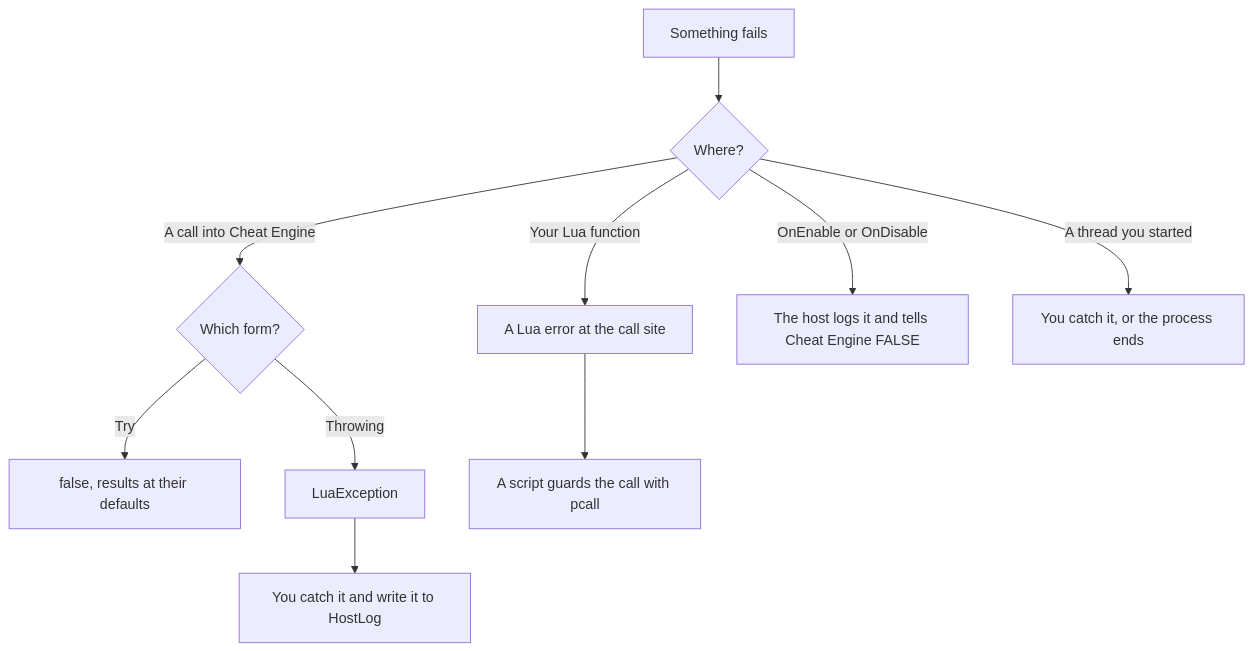
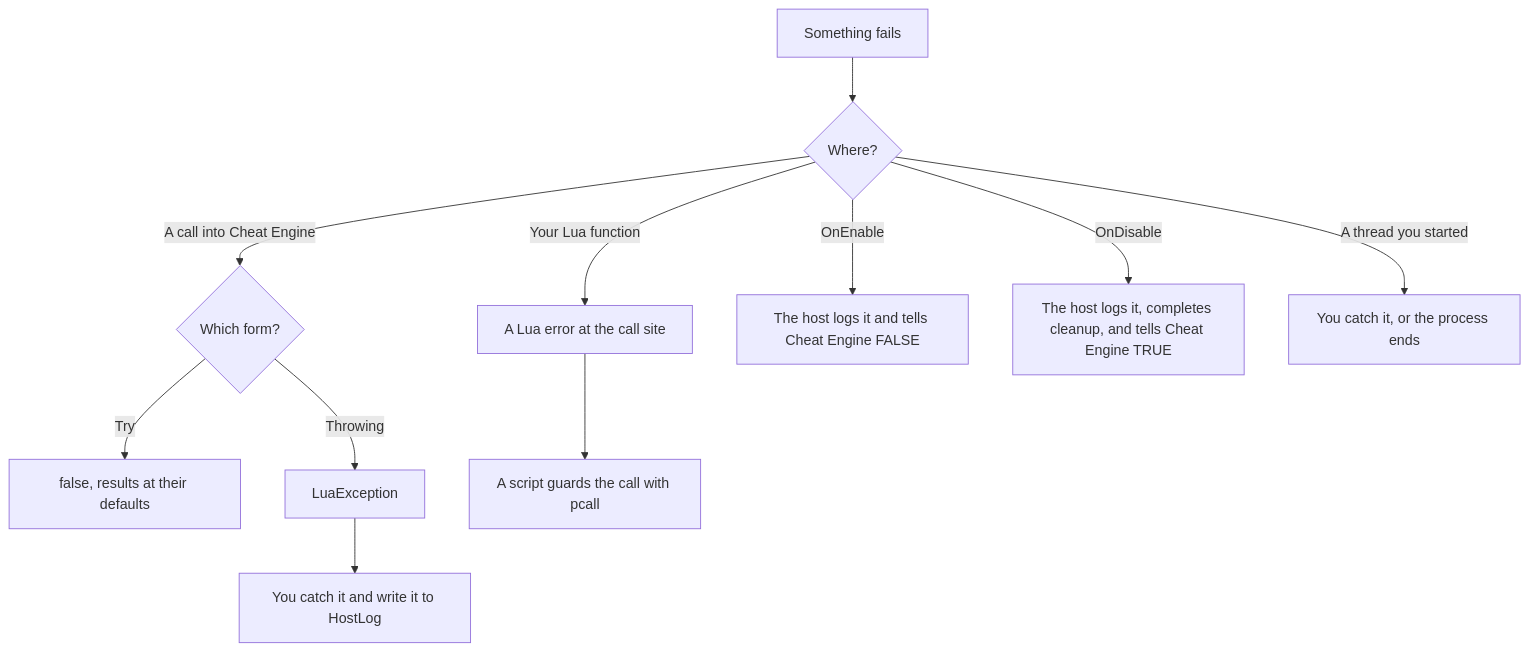
Before and after one commit to AriusII/CESDK: the diagram in exemples/10-logging-and-errors/README.md, drawn with Mermaid. The commit also changed other lines of this file and 77 other files, not shown here.

````diff
--- a/exemples/10-logging-and-errors/README.md
+++ b/exemples/10-logging-and-errors/README.md
@@ -256,12 +256,13 @@
 ```mermaid
 flowchart TD
     A[Something fails] --> B{Where?}
     B -->|Your Lua function| C[A Lua error at the call site]
     B -->|A call into Cheat Engine| D{Which form?}
     D -->|Try| E[false, results at their defaults]
     D -->|Throwing| F[LuaException]
-    B -->|OnEnable or OnDisable| G[The host logs it and tells Cheat Engine FALSE]
+    B -->|OnEnable| G[The host logs it and tells Cheat Engine FALSE]
+    B -->|OnDisable| K[The host logs it, completes cleanup, and tells Cheat Engine TRUE]
     B -->|A thread you started| H[You catch it, or the process ends]
     C --> I[A script guards the call with pcall]
     F --> J[You catch it and write it to HostLog]
 ```
````
